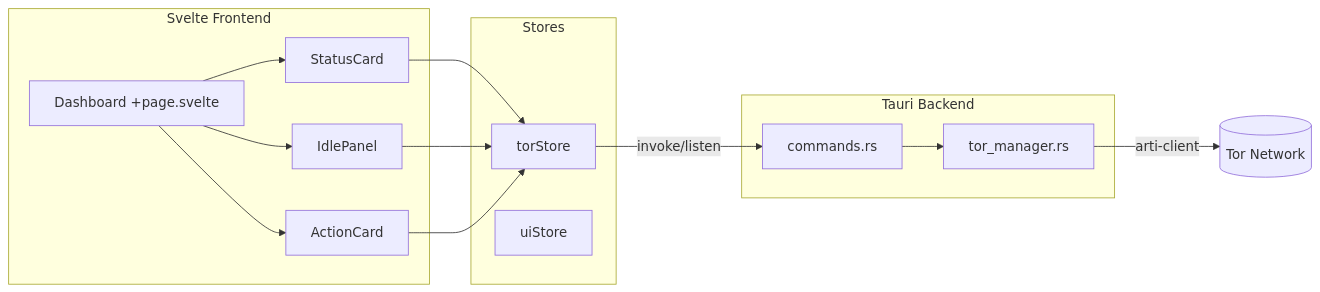
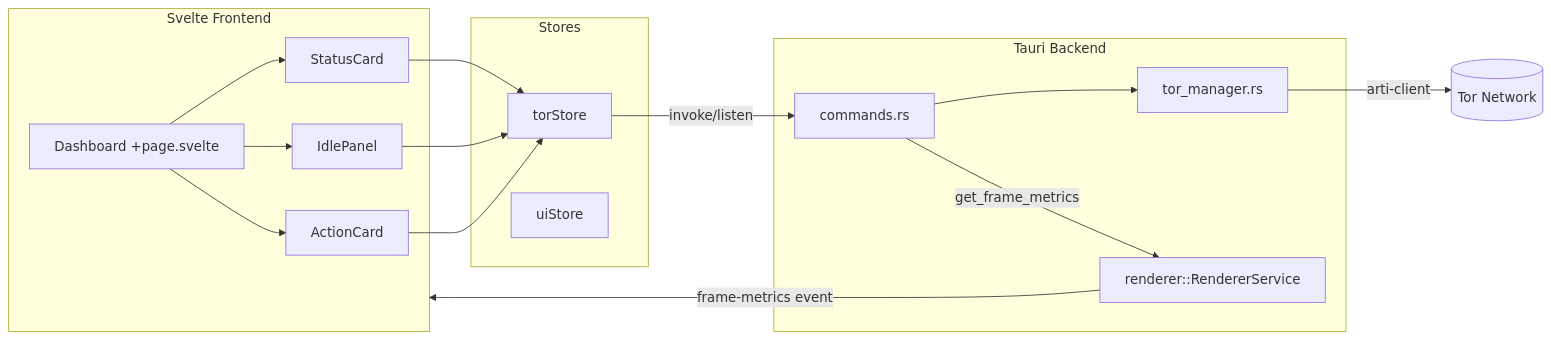
One commit to Christopher-Schulze/Torwell changed the diagram in docs/FILEANDWIREMAP.md. Above: the diagram before and after it, drawn with Mermaid. The commit also changed other lines of this file and 23 other files, not shown here.

````diff
--- a/docs/FILEANDWIREMAP.md
+++ b/docs/FILEANDWIREMAP.md
@@ -30,27 +43,30 @@
 ```mermaid
 flowchart LR
     subgraph Frontend [Svelte Frontend]
         A[Dashboard +page.svelte]
         B[StatusCard]
         C[IdlePanel]
         D[ActionCard]
     end
     subgraph Stores
         S1[torStore]
         S2[uiStore]
     end
     subgraph Backend [Tauri Backend]
         T1[commands.rs]
         T2[tor_manager.rs]
+        T3[renderer::RendererService]
     end
 
     A --> B
     A --> C
     A --> D
     B --> S1
     C --> S1
     D --> S1
     S1 -- invoke/listen --> T1
     T1 --> T2
+    T1 -->|get_frame_metrics| T3
+    T3 -->|frame-metrics event| Frontend
     T2 -->|arti-client| Tor[(Tor Network)]
 ```
````
